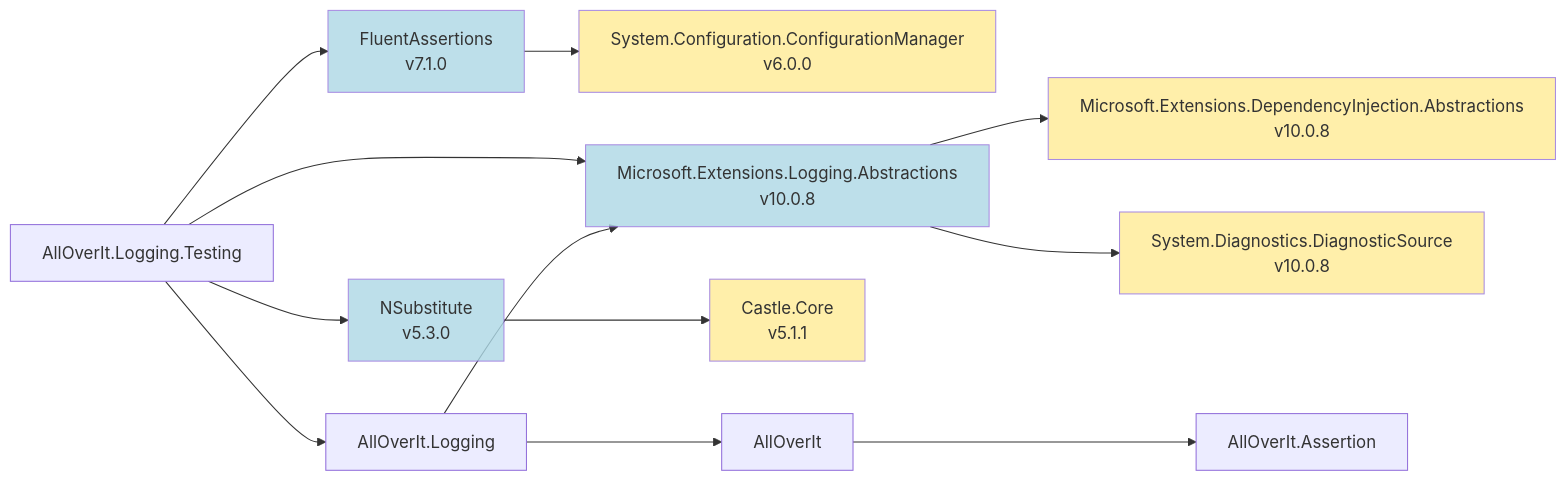
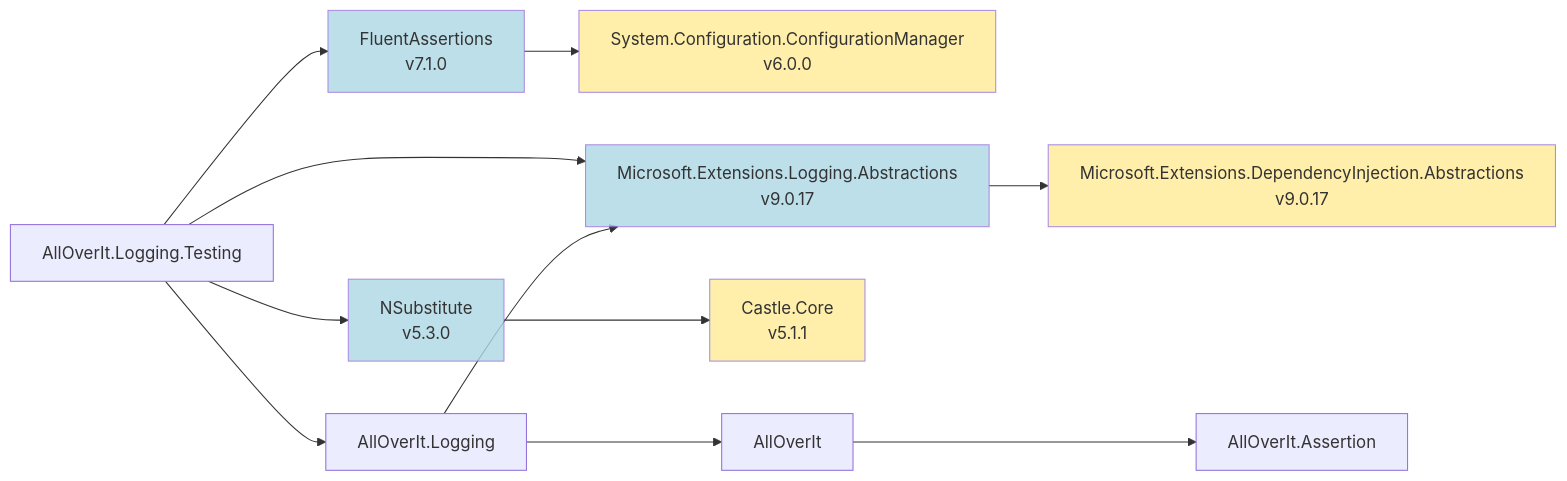
Before and after one commit to mjfreelancing/AllOverIt: the diagram in Docs/Reference/Content/images/dependencies/net9.0/mmd/alloverit-logging-testing.mmd, drawn with Mermaid. The commit also changed 249 other files, not shown here.

```diff
--- a/Docs/Reference/Content/images/dependencies/net9.0/mmd/alloverit-logging-testing.mmd
+++ b/Docs/Reference/Content/images/dependencies/net9.0/mmd/alloverit-logging-testing.mmd
@@ -1,30 +1,27 @@
 flowchart LR
   alloverit-logging-testing["AllOverIt.Logging.Testing"]
   fluentassertions_7-1-0["FluentAssertions<br>v7.1.0"]
   system-configuration-configurationmanager_6-0-0["System.Configuration.ConfigurationManager<br>v6.0.0"]
-  microsoft-extensions-logging-abstractions_10-0-8["Microsoft.Extensions.Logging.Abstractions<br>v10.0.8"]
-  microsoft-extensions-dependencyinjection-abstractions_10-0-8["Microsoft.Extensions.DependencyInjection.Abstractions<br>v10.0.8"]
-  system-diagnostics-diagnosticsource_10-0-8["System.Diagnostics.DiagnosticSource<br>v10.0.8"]
+  microsoft-extensions-logging-abstractions_9-0-17["Microsoft.Extensions.Logging.Abstractions<br>v9.0.17"]
+  microsoft-extensions-dependencyinjection-abstractions_9-0-17["Microsoft.Extensions.DependencyInjection.Abstractions<br>v9.0.17"]
   nsubstitute_5-3-0["NSubstitute<br>v5.3.0"]
   castle-core_5-1-1["Castle.Core<br>v5.1.1"]
   alloverit-logging["AllOverIt.Logging"]
   alloverit["AllOverIt"]
   alloverit-assertion["AllOverIt.Assertion"]
   alloverit-logging-testing --> fluentassertions_7-1-0
   fluentassertions_7-1-0 --> system-configuration-configurationmanager_6-0-0
-  alloverit-logging-testing --> microsoft-extensions-logging-abstractions_10-0-8
-  microsoft-extensions-logging-abstractions_10-0-8 --> microsoft-extensions-dependencyinjection-abstractions_10-0-8
-  microsoft-extensions-logging-abstractions_10-0-8 --> system-diagnostics-diagnosticsource_10-0-8
+  alloverit-logging-testing --> microsoft-extensions-logging-abstractions_9-0-17
+  microsoft-extensions-logging-abstractions_9-0-17 --> microsoft-extensions-dependencyinjection-abstractions_9-0-17
   alloverit-logging-testing --> nsubstitute_5-3-0
   nsubstitute_5-3-0 --> castle-core_5-1-1
   alloverit-logging-testing --> alloverit-logging
-  alloverit-logging --> microsoft-extensions-logging-abstractions_10-0-8
+  alloverit-logging --> microsoft-extensions-logging-abstractions_9-0-17
   alloverit-logging --> alloverit
   alloverit --> alloverit-assertion
   style fluentassertions_7-1-0 fill:#ADD8E6,opacity:0.8
   style system-configuration-configurationmanager_6-0-0 fill:#FFEC96,opacity:0.8
-  style microsoft-extensions-logging-abstractions_10-0-8 fill:#ADD8E6,opacity:0.8
-  style microsoft-extensions-dependencyinjection-abstractions_10-0-8 fill:#FFEC96,opacity:0.8
-  style system-diagnostics-diagnosticsource_10-0-8 fill:#FFEC96,opacity:0.8
+  style microsoft-extensions-logging-abstractions_9-0-17 fill:#ADD8E6,opacity:0.8
+  style microsoft-extensions-dependencyinjection-abstractions_9-0-17 fill:#FFEC96,opacity:0.8
   style nsubstitute_5-3-0 fill:#ADD8E6,opacity:0.8
   style castle-core_5-1-1 fill:#FFEC96,opacity:0.8
```
